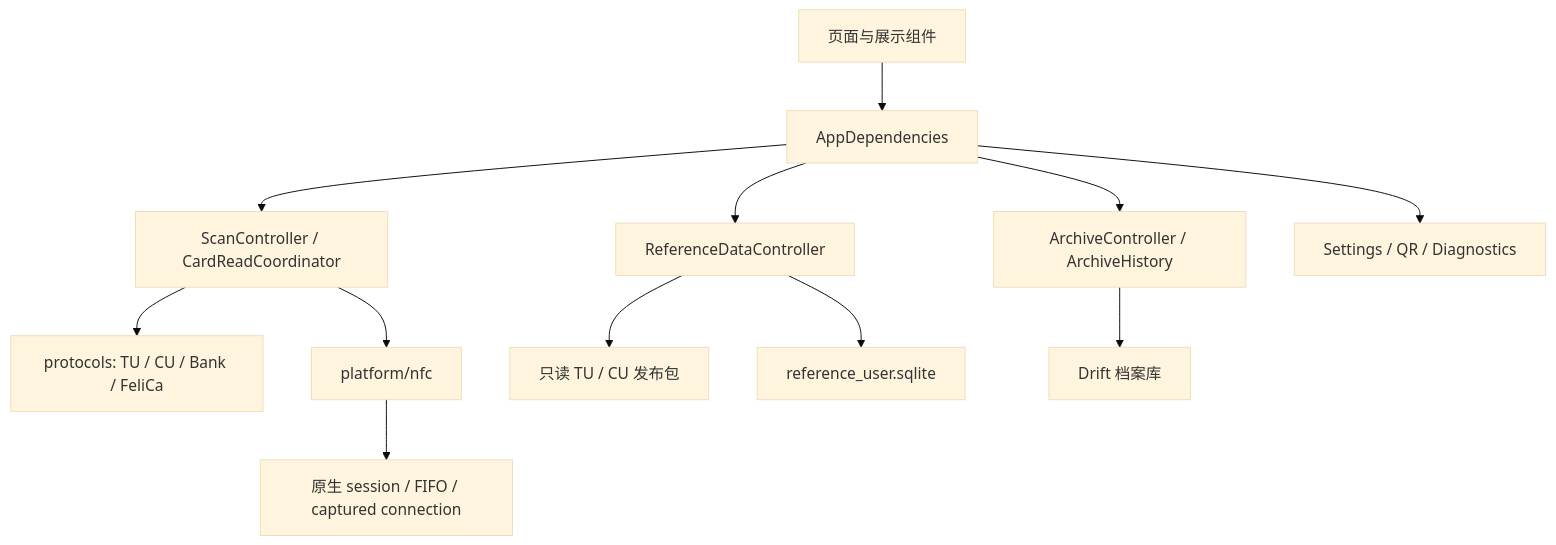
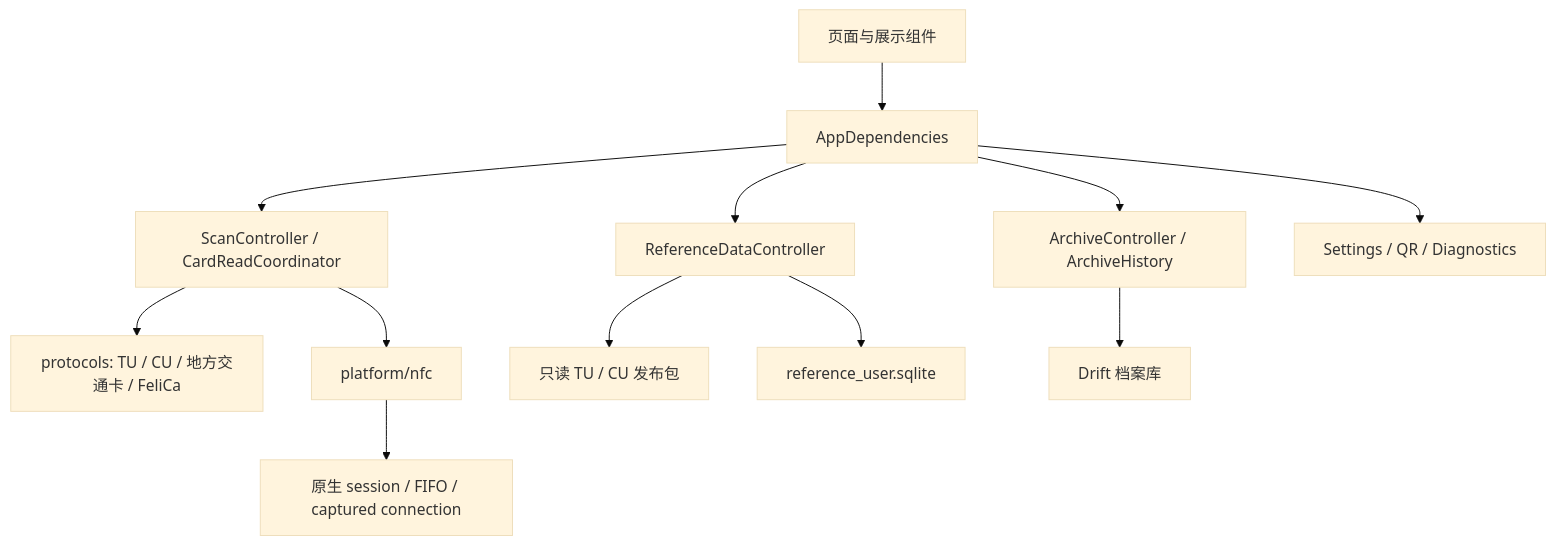
Before and after one commit to TrafArch/TrafArch: the diagram in docs/ARCHITECTURE.md, drawn with Mermaid (base theme). The commit also changed other lines of this file and 114 other files, not shown here.

````diff
--- a/docs/ARCHITECTURE.md
+++ b/docs/ARCHITECTURE.md
@@ -134,14 +124,14 @@
 ```mermaid
 flowchart TD
   UI[页面与展示组件] --> APP[AppDependencies]
   APP --> SCAN[ScanController / CardReadCoordinator]
   APP --> REF[ReferenceDataController]
   APP --> ARC[ArchiveController / ArchiveHistory]
   APP --> SET[Settings / QR / Diagnostics]
-  SCAN --> PROTO[protocols: TU / CU / Bank / FeliCa]
+  SCAN --> PROTO[protocols: TU / CU / 地方交通卡 / FeliCa]
   SCAN --> NFC[platform/nfc]
   NFC --> NATIVE[原生 session / FIFO / captured connection]
   REF --> PACK[只读 TU / CU 发布包]
   REF --> USER[reference_user.sqlite]
   ARC --> DB[Drift 档案库]
 ```
````
